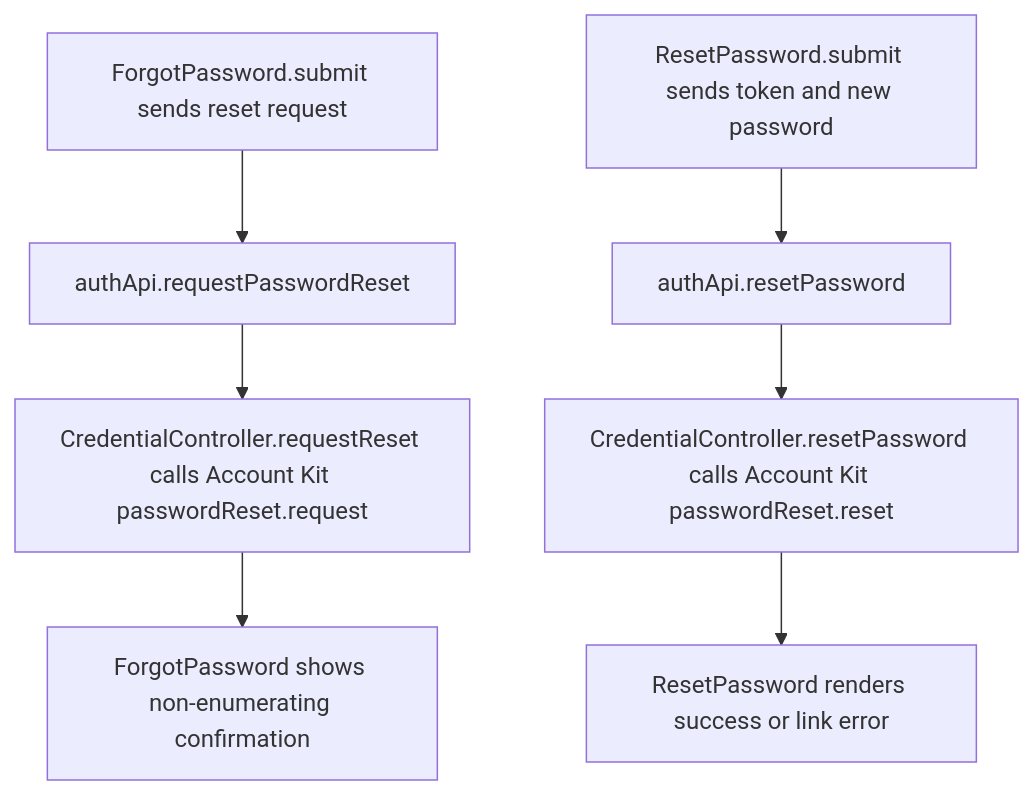
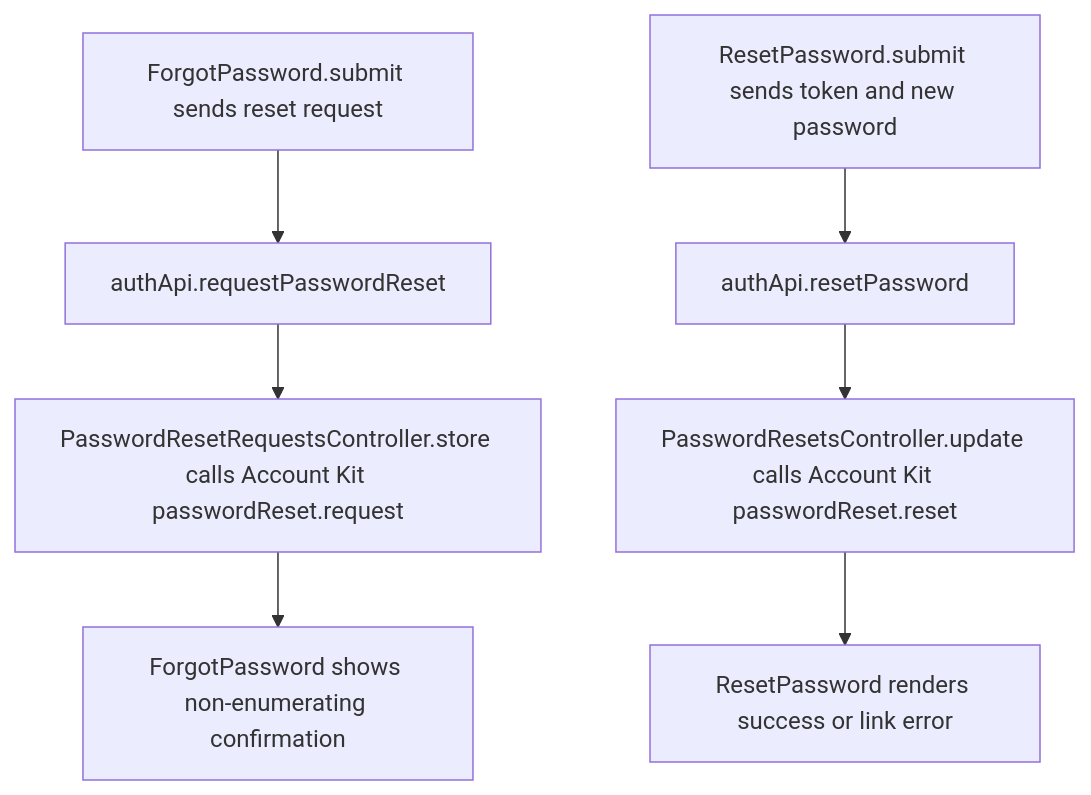
The second of 2 diagrams in user-stories/account/US-ACCOUNT-03-password-reset.md (Kevinjohn/capacitylens), drawn with Mermaid before and after one commit. The commit also changed other lines of this file and 139 other files, not shown here.

````diff
--- a/user-stories/account/US-ACCOUNT-03-password-reset.md
+++ b/user-stories/account/US-ACCOUNT-03-password-reset.md
@@ -40,9 +40,9 @@
 ```mermaid
 flowchart TD
   forgot["ForgotPassword.submit sends reset request"] --> request["authApi.requestPasswordReset"]
-  request --> kitRequest["CredentialController.requestReset calls Account Kit passwordReset.request"]
+  request --> kitRequest["PasswordResetRequestsController.store calls Account Kit passwordReset.request"]
   kitRequest --> neutral["ForgotPassword shows non-enumerating confirmation"]
   link["ResetPassword.submit sends token and new password"] --> reset["authApi.resetPassword"]
-  reset --> kitReset["CredentialController.resetPassword calls Account Kit passwordReset.reset"]
+  reset --> kitReset["PasswordResetsController.update calls Account Kit passwordReset.reset"]
   kitReset --> outcome["ResetPassword renders success or link error"]
 ```
````
